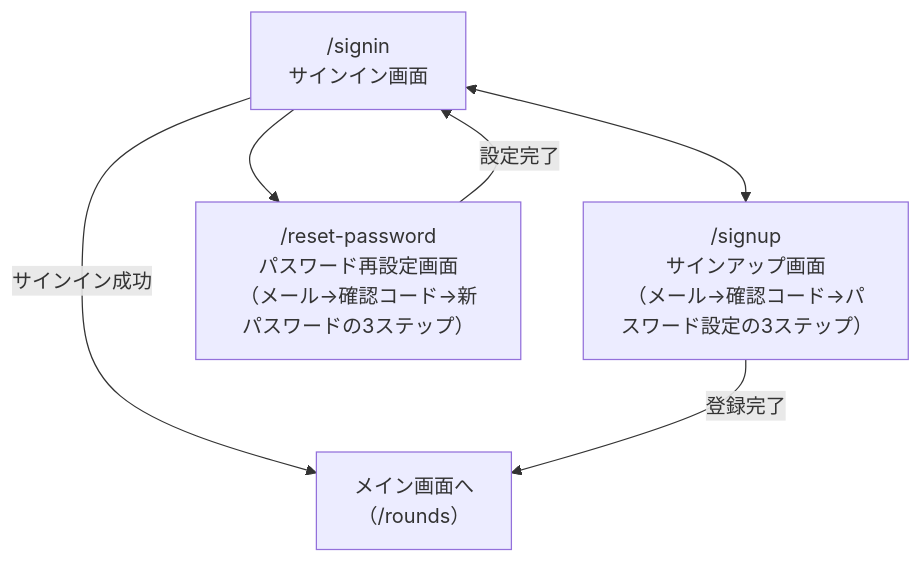
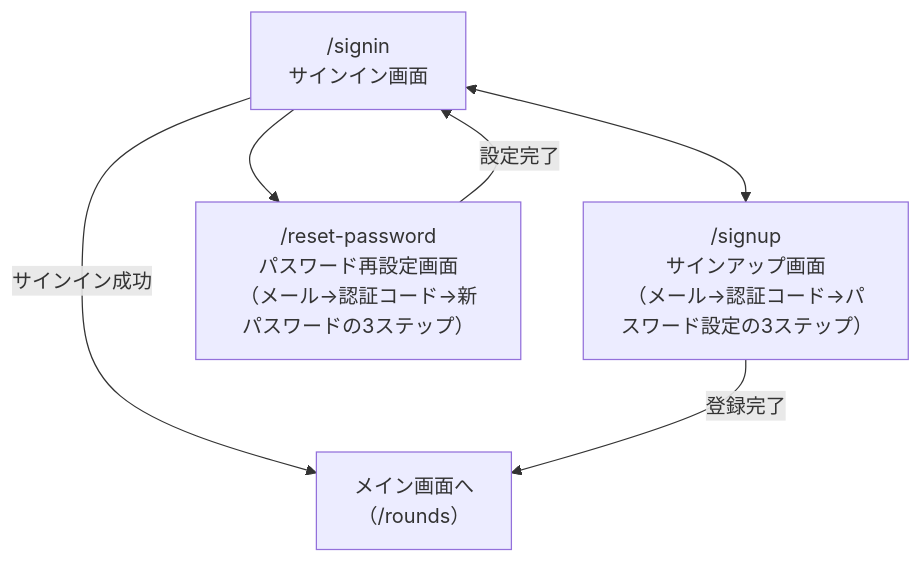
Before and after one commit to yukiyamasaki6/aims: the first of 5 diagrams in docs/screen-flow.md, drawn with Mermaid. The commit also changed other lines of this file and 12 other files, not shown here.

````diff
--- a/docs/screen-flow.md
+++ b/docs/screen-flow.md
@@ -5,13 +5,13 @@
 ```mermaid
 flowchart TD
     SignIn["/signin<br/>サインイン画面"]
-    SignUp["/signup<br/>サインアップ画面<br/>（メール→確認コード→パスワード設定の3ステップ）"]
-    ResetPass["/reset-password<br/>パスワード再設定画面<br/>（メール→確認コード→新パスワードの3ステップ）"]
+    SignUp["/signup<br/>サインアップ画面<br/>（メール→認証コード→パスワード設定の3ステップ）"]
+    ResetPass["/reset-password<br/>パスワード再設定画面<br/>（メール→認証コード→新パスワードの3ステップ）"]
     MainApp["メイン画面へ<br/>（/rounds）"]
 
     SignIn <--> SignUp
     SignIn --> ResetPass
     SignIn -->|サインイン成功| MainApp
     SignUp -->|登録完了| MainApp
     ResetPass -->|設定完了| SignIn
 ```
````
